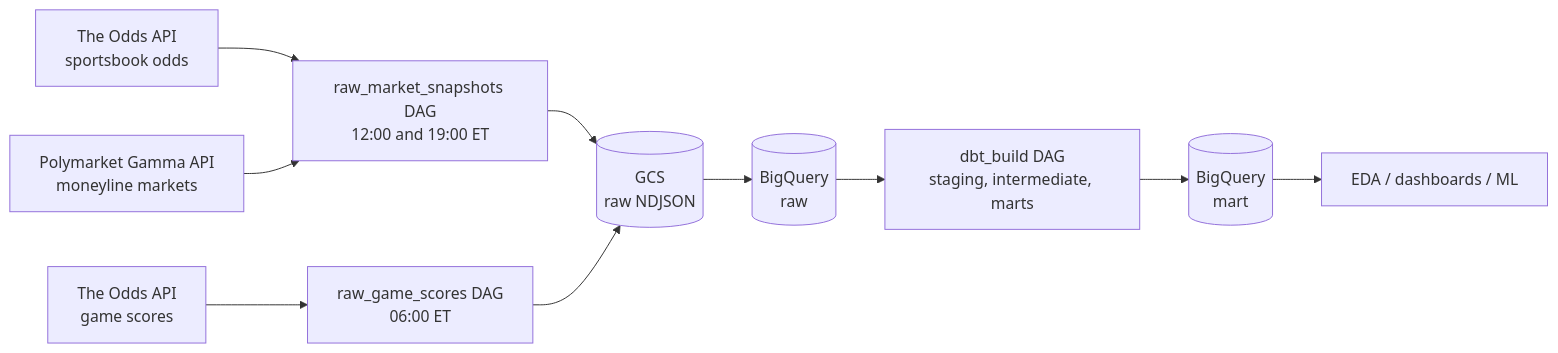
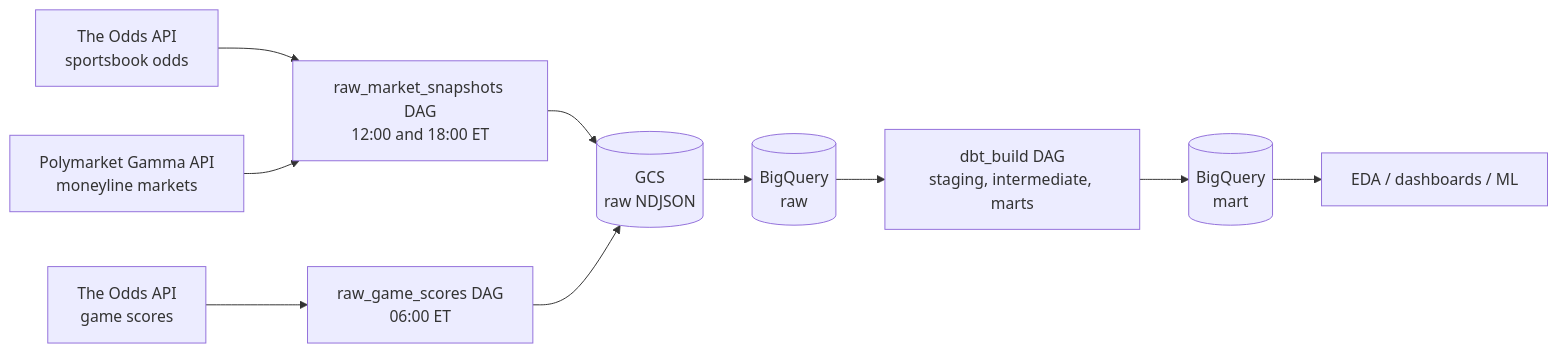
Before and after one commit to emisu36/ba882-team8-project: the diagram in README.md, drawn with Mermaid. The commit also changed other lines of this file and 7 other files, not shown here.

````diff
--- a/README.md
+++ b/README.md
@@ -11,12 +11,12 @@
 ```mermaid
 flowchart LR
     A[The Odds API<br/>sportsbook odds] --> D
     B[Polymarket Gamma API<br/>moneyline markets] --> D
     C[The Odds API<br/>game scores] --> E
-    D[raw_market_snapshots DAG<br/>12:00 and 19:00 ET] --> F[(GCS<br/>raw NDJSON)]
+    D[raw_market_snapshots DAG<br/>12:00 and 18:00 ET] --> F[(GCS<br/>raw NDJSON)]
     E[raw_game_scores DAG<br/>06:00 ET] --> F
     F --> G[(BigQuery<br/>raw)]
     G --> H[dbt_build DAG<br/>staging, intermediate, marts]
     H --> I[(BigQuery<br/>mart)]
     I --> J[EDA / dashboards / ML]
 ```
````
